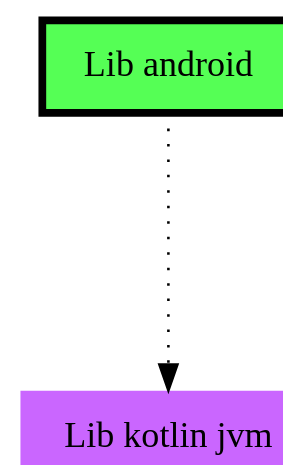
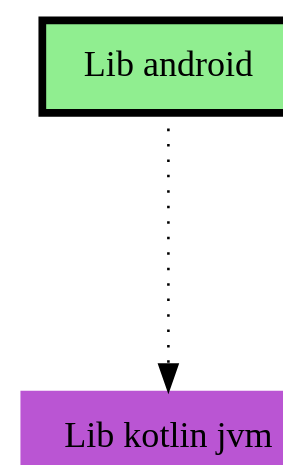
The diagram in sample/sample-lib-android/charts/charts.dot (jonapoul/atlas), drawn with Graphviz before and after one commit. The commit also changed 25 other files, not shown here.

```diff
--- a/sample/sample-lib-android/charts/charts.dot
+++ b/sample/sample-lib-android/charts/charts.dot
@@ -1,8 +1,8 @@
 digraph {
   edge ["arrowhead"="normal","arrowtail"="none"]
   graph ["dpi"="100","fontsize"="30","layout"="dot","ranksep"="1.5","rankdir"="TB"]
   node ["style"="filled"]
-  "Lib android" ["fillcolor"="#55FF55","penwidth"="3","shape"="box"]
-  "Lib kotlin jvm" ["fillcolor"="#CA66FF","shape"="none"]
+  "Lib android" ["fillcolor"="lightgreen","penwidth"="3","shape"="box"]
+  "Lib kotlin jvm" ["fillcolor"="mediumorchid","shape"="none"]
   "Lib android" -> "Lib kotlin jvm" ["style"="dotted"]
 }
```
